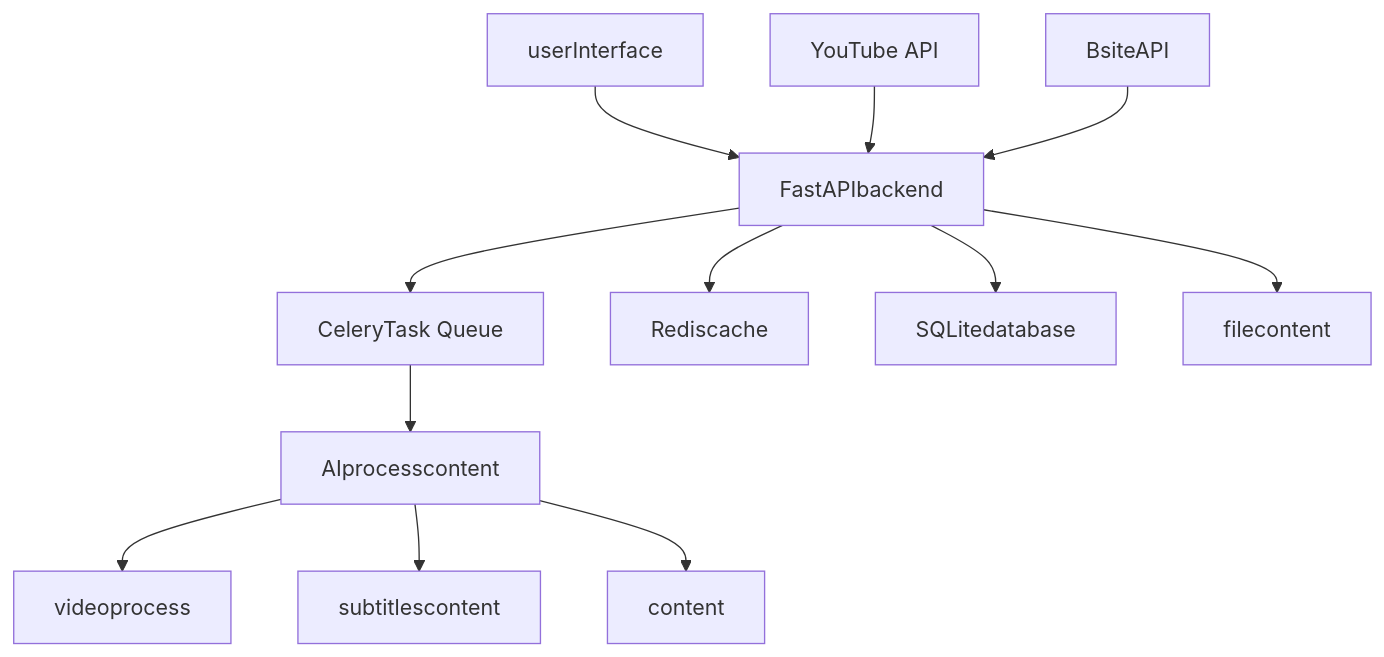
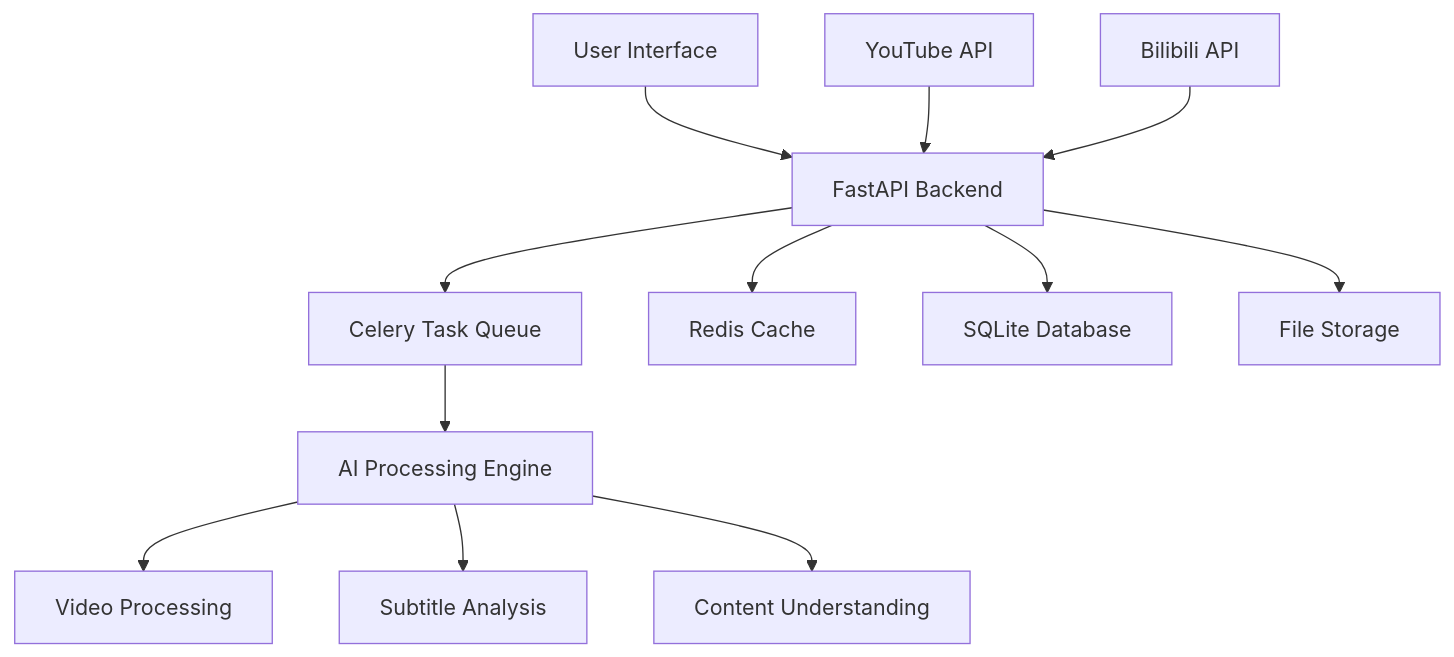
The diagram in .github/README.md (nd7hdyt/YtClipper), drawn with Mermaid before and after one commit. The commit also changed other lines of this file and 3 other files, not shown here.

````diff
--- a/.github/README.md
+++ b/.github/README.md
@@ -41,14 +56,14 @@
 ```mermaid
 graph TB
-    A[userInterface] --> B[FastAPIbackend]
-    B --> C[CeleryTask Queue]
-    B --> D[Rediscache]
-    B --> E[SQLitedatabase]
-    C --> F[AIprocesscontent]
-    F --> G[videoprocess]
-    F --> H[subtitlescontent]
-    F --> I[content]
-    B --> J[filecontent]
+    A[User Interface] --> B[FastAPI Backend]
+    B --> C[Celery Task Queue]
+    B --> D[Redis Cache]
+    B --> E[SQLite Database]
+    C --> F[AI Processing Engine]
+    F --> G[Video Processing]
+    F --> H[Subtitle Analysis]
+    F --> I[Content Understanding]
+    B --> J[File Storage]
     K[YouTube API] --> B
-    L[BsiteAPI] --> B
+    L[Bilibili API] --> B
 ```
````
